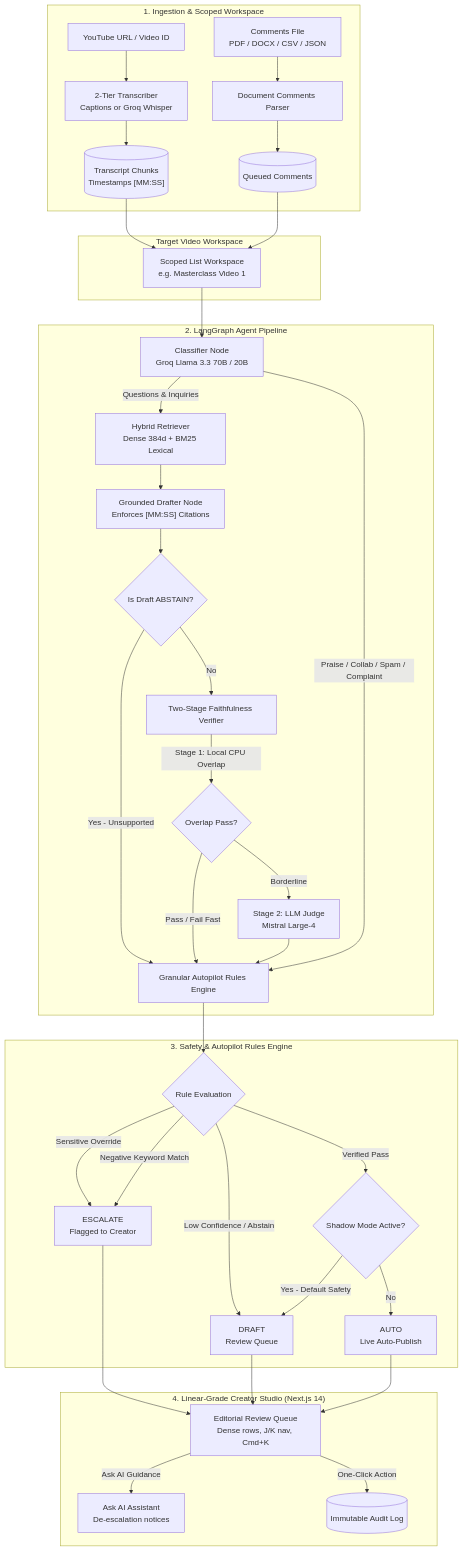
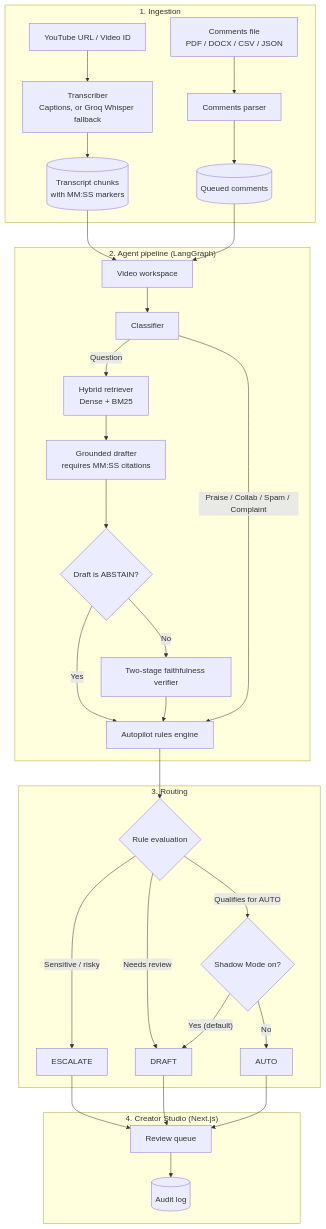
The first of 2 diagrams in README.md (Vixhal17/CommentIQ), drawn with Mermaid before and after one commit. The commit also changed other lines of this file, not shown here.

````diff
--- a/README.md
+++ b/README.md
@@ -25,46 +69,38 @@
 ```mermaid
 flowchart TD
-    subgraph INGEST["1. Ingestion & Scoped Workspace"]
-        A1["YouTube URL / Video ID"] --> B1["2-Tier Transcriber<br/>Captions or Groq Whisper"]
-        A2["Comments File<br/>PDF / DOCX / CSV / JSON"] --> B2["Document Comments Parser"]
-        B1 --> C1[("Transcript Chunks<br/>Timestamps [MM:SS]")]
-        B2 --> C2[("Queued Comments")]
+    subgraph INGEST["1. Ingestion"]
+        A1["YouTube URL / Video ID"] --> B1["Transcriber<br/>Captions, or Groq Whisper fallback"]
+        A2["Comments file<br/>PDF / DOCX / CSV / JSON"] --> B2["Comments parser"]
+        B1 --> C1[("Transcript chunks<br/>with MM:SS markers")]
+        B2 --> C2[("Queued comments")]
     end
 
-    subgraph WORKSPACE["Target Video Workspace"]
-        C1 --> WS["Scoped List Workspace<br/>e.g. Masterclass Video 1"]
+    subgraph TRIAGE["2. Agent pipeline (LangGraph)"]
+        C1 --> WS["Video workspace"]
         C2 --> WS
+        WS --> D["Classifier"]
+        D -->|"Question"| E["Hybrid retriever<br/>Dense + BM25"]
+        D -->|"Praise / Collab / Spam / Complaint"| R["Autopilot rules engine"]
+        E --> F["Grounded drafter<br/>requires MM:SS citations"]
+        F --> G{"Draft is ABSTAIN?"}
+        G -->|"Yes"| R
+        G -->|"No"| H["Two-stage faithfulness verifier"]
+        H --> R
     end
 
-    subgraph TRIAGE["2. LangGraph Agent Pipeline"]
-        WS --> D["Classifier Node<br/>Groq Llama 3.3 70B / 20B"]
-        D -->|"Questions & Inquiries"| E["Hybrid Retriever<br/>Dense 384d + BM25 Lexical"]
-        D -->|"Praise / Collab / Spam / Complaint"| R["Granular Autopilot Rules Engine"]
-        E --> F["Grounded Drafter Node<br/>Enforces [MM:SS] Citations"]
-        F --> G{"Is Draft ABSTAIN?"}
-        G -->|"Yes - Unsupported"| R
-        G -->|"No"| H["Two-Stage Faithfulness Verifier"]
-        H -->|"Stage 1: Local CPU Overlap"| I{"Overlap Pass?"}
-        I -->|"Pass / Fail Fast"| R
-        I -->|"Borderline"| J["Stage 2: LLM Judge<br/>Mistral Large-4"]
-        J --> R
+    subgraph SAFETY["3. Routing"]
+        R --> K{"Rule evaluation"}
+        K -->|"Sensitive / risky"| ESC["ESCALATE"]
+        K -->|"Needs review"| DRF["DRAFT"]
+        K -->|"Qualifies for AUTO"| AUT{"Shadow Mode on?"}
+        AUT -->|"Yes (default)"| DRF
+        AUT -->|"No"| PUB["AUTO"]
     end
 
-    subgraph SAFETY["3. Safety & Autopilot Rules Engine"]
-        R --> K{"Rule Evaluation"}
-        K -->|"Sensitive Override"| ESC["ESCALATE<br/>Flagged to Creator"]
-        K -->|"Negative Keyword Match"| ESC
-        K -->|"Low Confidence / Abstain"| DRF["DRAFT<br/>Review Queue"]
-        K -->|"Verified Pass"| AUT{"Shadow Mode Active?"}
-        AUT -->|"Yes - Default Safety"| DRF
-        AUT -->|"No"| PUB["AUTO<br/>Live Auto-Publish"]
-    end
-
-    subgraph STUDIO["4. Linear-Grade Creator Studio (Next.js 14)"]
-        DRF --> UI["Editorial Review Queue<br/>Dense rows, J/K nav, Cmd+K"]
+    subgraph STUDIO["4. Creator Studio (Next.js)"]
+        DRF --> UI["Review queue"]
         ESC --> UI
         PUB --> UI
-        UI -->|"Ask AI Guidance"| ASK["Ask AI Assistant<br/>De-escalation notices"]
-        UI -->|"One-Click Action"| AUD[("Immutable Audit Log")]
+        UI --> AUD[("Audit log")]
     end
 ```
````
